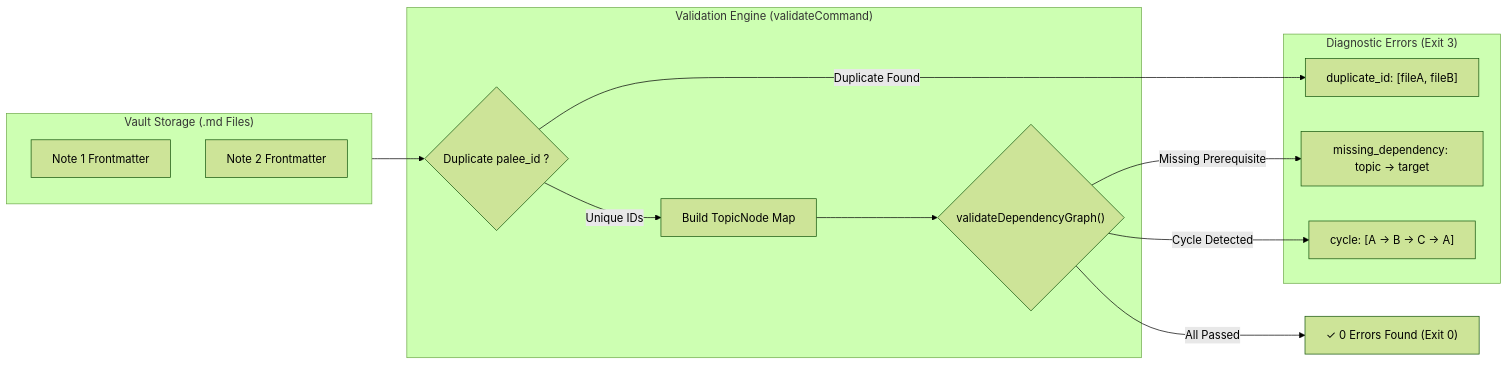
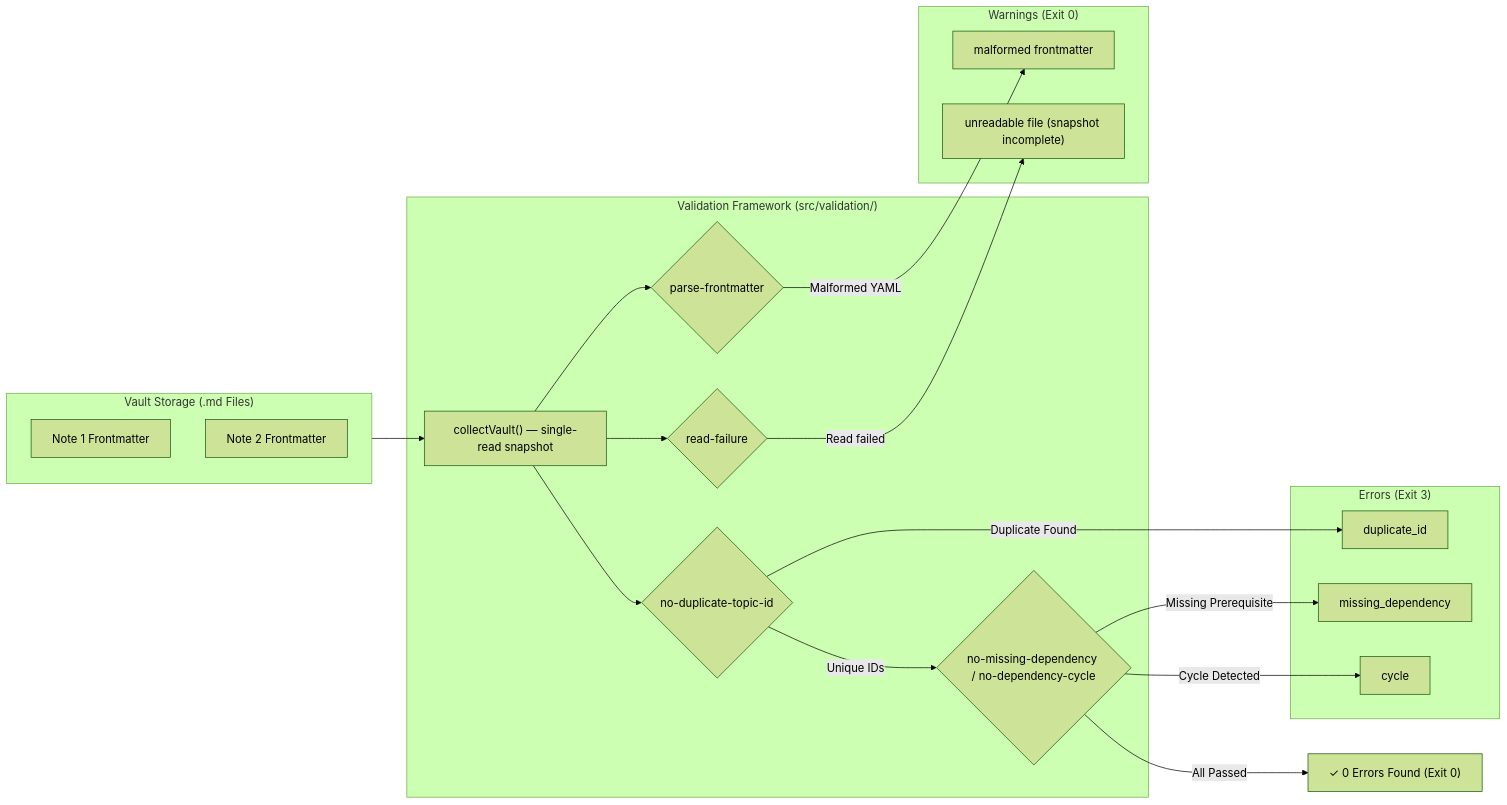
Before and after one commit to Kuldeep2822k/cli: the second of 2 diagrams in docs/02-3-reporting-commands.md, drawn with Mermaid (forest theme). The commit also changed other lines of this file and 8 other files, not shown here.

````diff
--- a/docs/02-3-reporting-commands.md
+++ b/docs/02-3-reporting-commands.md
@@ -195,27 +197,38 @@
 ```mermaid
 flowchart LR
     subgraph Storage ["Vault Storage (.md Files)"]
         FM1["Note 1 Frontmatter"]
         FM2["Note 2 Frontmatter"]
     end
     
-    subgraph Analyzer ["Validation Engine (validateCommand)"]
-        DupCheck{"Duplicate palee_id ?"}
-        MapBuild["Build TopicNode Map"]
-        GraphCheck{"validateDependencyGraph()"}
+    subgraph Analyzer ["Validation Framework (src/validation/)"]
+        Scan["collectVault() — single-read snapshot"]
+        ParseWarn{"parse-frontmatter"}
+        ReadWarn{"read-failure"}
+        DupCheck{"no-duplicate-topic-id"}
+        GraphCheck{"no-missing-dependency / no-dependency-cycle"}
     end
     
-    subgraph Errors ["Diagnostic Errors (Exit 3)"]
-        ErrDup["duplicate_id: [fileA, fileB]"]
-        ErrMiss["missing_dependency: topic -> target"]
-        ErrCyc["cycle: [A -> B -> C -> A]"]
+    subgraph Errors ["Errors (Exit 3)"]
+        ErrDup["duplicate_id"]
+        ErrMiss["missing_dependency"]
+        ErrCyc["cycle"]
+    end
+
+    subgraph Warnings ["Warnings (Exit 0)"]
+        WarnParse["malformed frontmatter"]
+        WarnRead["unreadable file (snapshot incomplete)"]
     end
     
-    Storage --> DupCheck
+    Storage --> Scan
+    Scan --> ParseWarn
+    Scan --> ReadWarn
+    ParseWarn -->|"Malformed YAML"| WarnParse
+    ReadWarn -->|"Read failed"| WarnRead
+    Scan --> DupCheck
     DupCheck -->|"Duplicate Found"| ErrDup
-    DupCheck -->|"Unique IDs"| MapBuild
-    MapBuild --> GraphCheck
+    DupCheck -->|"Unique IDs"| GraphCheck
     GraphCheck -->|"Missing Prerequisite"| ErrMiss
     GraphCheck -->|"Cycle Detected"| ErrCyc
     GraphCheck -->|"All Passed"| Success["✓ 0 Errors Found (Exit 0)"]
 ```
````
